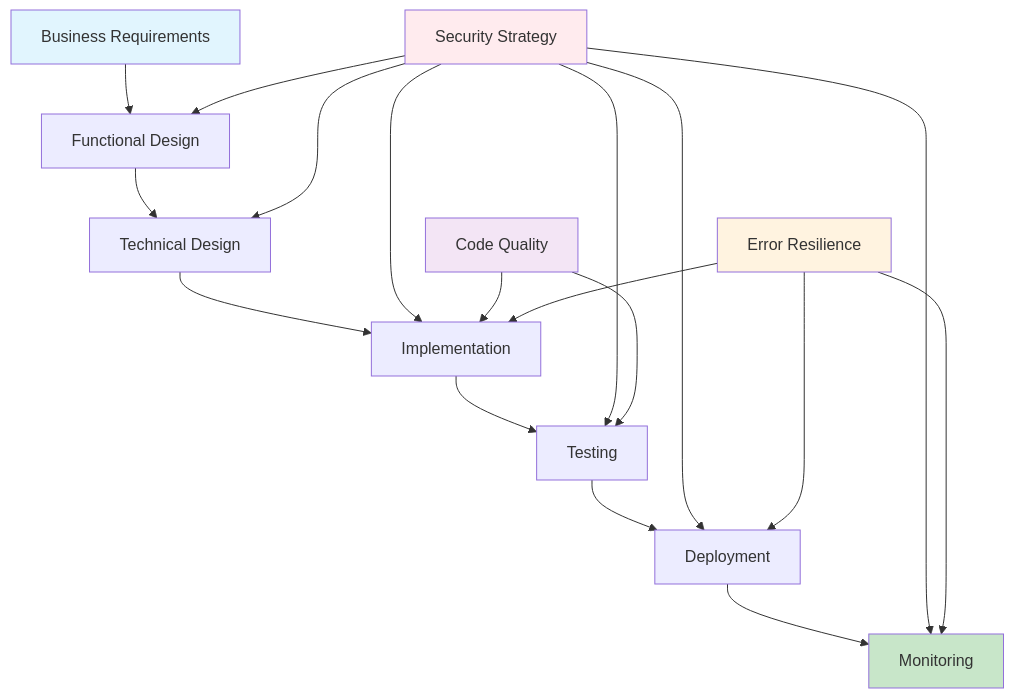
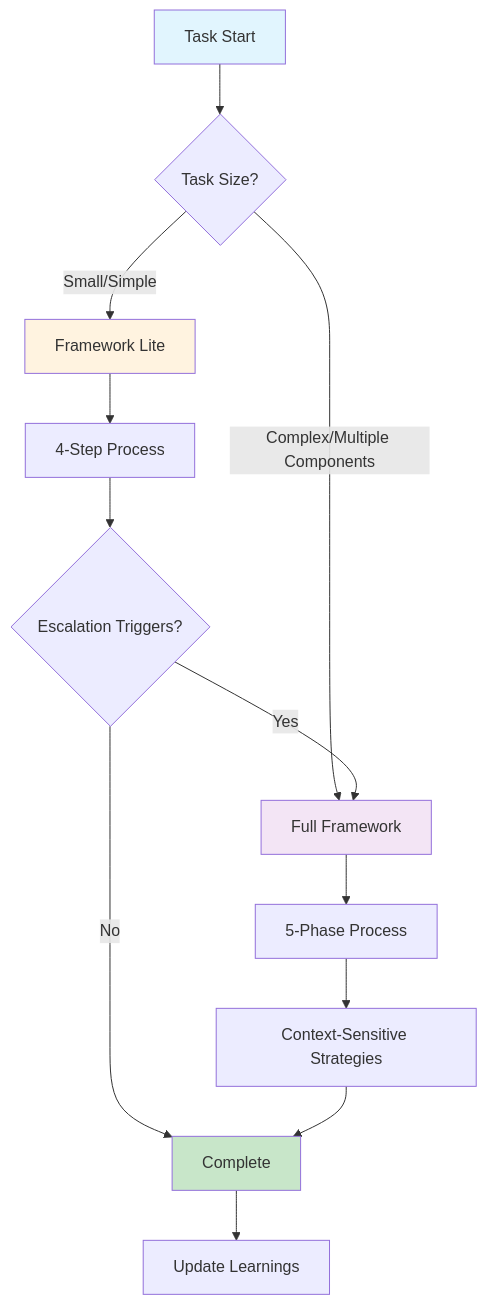
The diagram in README.md (aandreyev/ai-coding-framework), drawn with Mermaid before and after one commit. The commit also changed other lines of this file and 20 other files, not shown here.

First line of the commit message:
Standardize framework documentation to optimal AI-context length

````diff
--- a/README.md
+++ b/README.md
@@ -94,29 +90,23 @@
 ```mermaid
 graph TD
-    A[Business Requirements] --> B[Functional Design]
-    B --> C[Technical Design]
-    C --> D[Implementation]
-    D --> E[Testing]
-    E --> F[Deployment]
-    F --> G[Monitoring]
+    A[Task Start] --> B{Task Size?}
+    B -->|Small/Simple| C[Framework Lite]
+    B -->|Complex/Multiple Components| D[Full Framework]
     
-    H[Security Strategy] --> B
-    H --> C
-    H --> D
-    H --> E
-    H --> F
-    H --> G
+    C --> E[4-Step Process]
+    D --> F[5-Phase Process]
     
-    I[Code Quality] --> D
-    I --> E
+    E --> G{Escalation Triggers?}
+    G -->|Yes| D
+    G -->|No| H[Complete]
     
-    J[Error Resilience] --> D
-    J --> F
-    J --> G
+    F --> I[Context-Sensitive Strategies]
+    I --> H
+    
+    H --> J[Update Learnings]
     
     style A fill:#e1f5fe
-    style G fill:#c8e6c9
-    style H fill:#ffebee
-    style I fill:#f3e5f5
-    style J fill:#fff3e0
+    style H fill:#c8e6c9
+    style C fill:#fff3e0
+    style D fill:#f3e5f5
 ```
````
